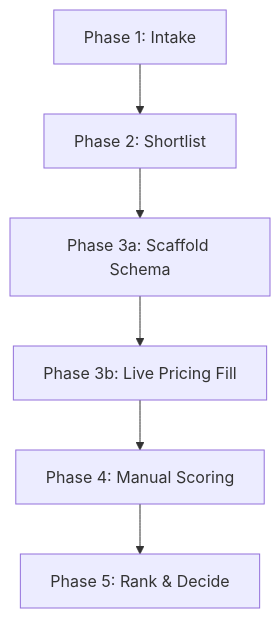
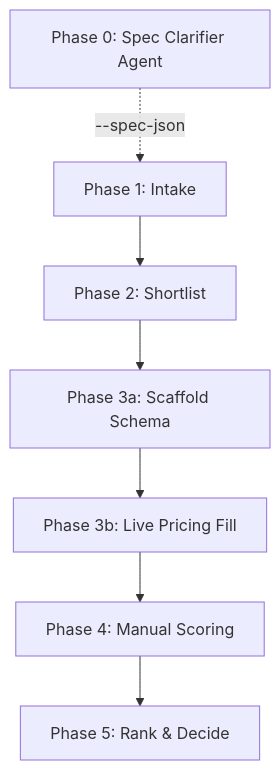
Before and after one commit to okgoogle13/Computer-purchase: the diagram in CLAUDE_PROJECT_INSTRUCTIONS.md, drawn with Mermaid. The commit also changed other lines of this file and 4688 other files, not shown here.

````diff
--- a/CLAUDE_PROJECT_INSTRUCTIONS.md
+++ b/CLAUDE_PROJECT_INSTRUCTIONS.md
@@ -32,8 +32,9 @@
 ```mermaid
 graph TD
+    Z[Phase 0: Spec Clarifier Agent] -.->|--spec-json| A
     A[Phase 1: Intake] --> B[Phase 2: Shortlist]
     B --> C[Phase 3a: Scaffold Schema]
     C --> D[Phase 3b: Live Pricing Fill]
     D --> E[Phase 4: Manual Scoring]
     E --> F[Phase 5: Rank & Decide]
 ```
````
